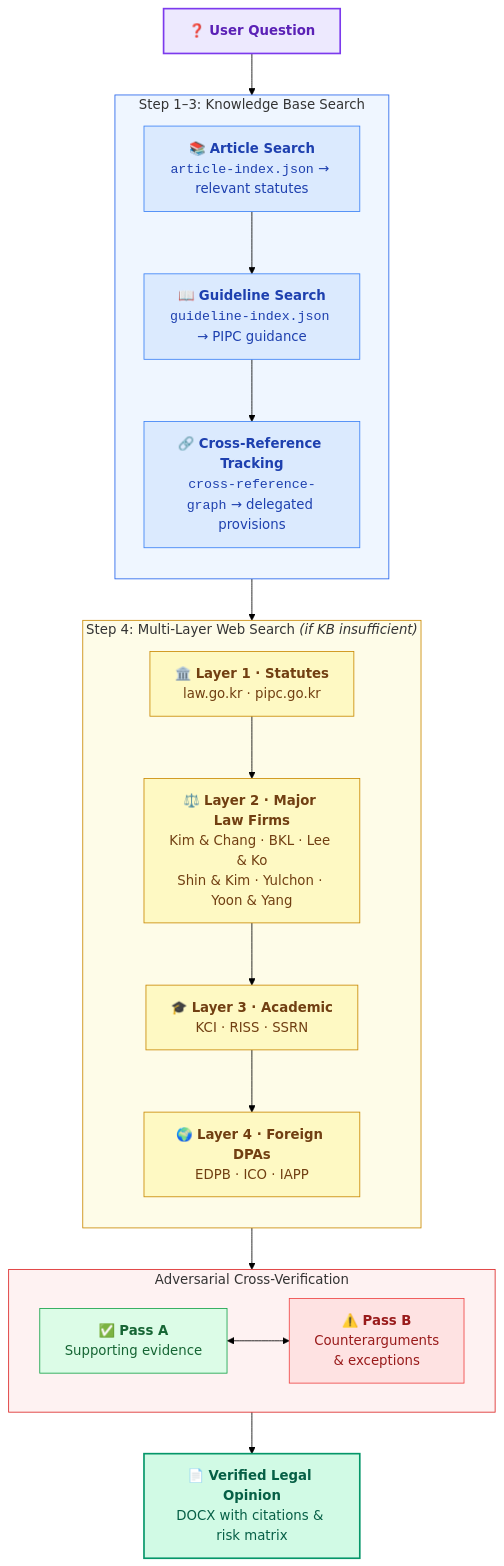
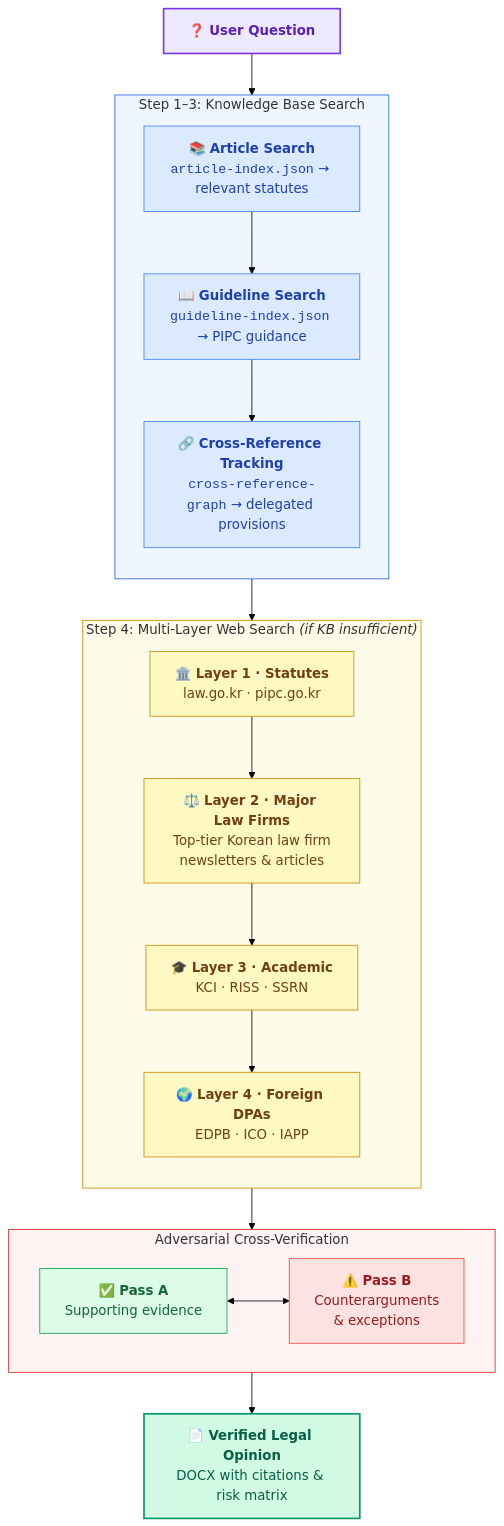
The second of 2 diagrams in README.md (kipeum86/PIPA-expert), drawn with Mermaid (forest theme) before and after one commit. The commit also changed 1 other file, not shown here.

Commit message:
Anonymize law firm names in README diagrams
Replace specific firm names with generic "top-tier Korean law firm
newsletters & articles" in Mermaid flowcharts. Firm names remain
in agent config (pipa-agent.md) for actual search use.

````diff
--- a/README.md
+++ b/README.md
@@ -205,50 +205,50 @@
 ```mermaid
 flowchart TD
     Q["❓ <b>User Question</b>"]
 
     subgraph kb["Step 1–3: Knowledge Base Search"]
         direction TB
         S1["📚 <b>Article Search</b><br/><code>article-index.json</code> → relevant statutes"]
         S2["📖 <b>Guideline Search</b><br/><code>guideline-index.json</code> → PIPC guidance"]
         S3["🔗 <b>Cross-Reference Tracking</b><br/><code>cross-reference-graph</code> → delegated provisions"]
         S1 --> S2 --> S3
     end
 
     subgraph web["Step 4: Multi-Layer Web Search <i>(if KB insufficient)</i>"]
         direction TB
         L1["🏛️ <b>Layer 1 · Statutes</b><br/>law.go.kr · pipc.go.kr"]
-        L2["⚖️ <b>Layer 2 · Major Law Firms</b><br/>Kim &amp; Chang · BKL · Lee &amp; Ko<br/>Shin &amp; Kim · Yulchon · Yoon &amp; Yang"]
+        L2["⚖️ <b>Layer 2 · Major Law Firms</b><br/>Top-tier Korean law firm<br/>newsletters &amp; articles"]
         L3["🎓 <b>Layer 3 · Academic</b><br/>KCI · RISS · SSRN"]
         L4["🌍 <b>Layer 4 · Foreign DPAs</b><br/>EDPB · ICO · IAPP"]
         L1 --> L2 --> L3 --> L4
     end
 
     subgraph verify["Adversarial Cross-Verification"]
         direction LR
         PA["✅ <b>Pass A</b><br/>Supporting evidence"]
         PB["⚠️ <b>Pass B</b><br/>Counterarguments<br/>&amp; exceptions"]
         PA <--> PB
     end
 
     O["📄 <b>Verified Legal Opinion</b><br/>DOCX with citations &amp; risk matrix"]
 
     Q --> kb
     kb --> web
     web --> verify
     verify --> O
 
     style Q fill:#ede9fe,stroke:#7c3aed,stroke-width:2px,color:#5b21b6
     style kb fill:#eff6ff,stroke:#2563eb,stroke-width:1px
     style web fill:#fefce8,stroke:#ca8a04,stroke-width:1px
     style verify fill:#fef2f2,stroke:#dc2626,stroke-width:1px
     style O fill:#d1fae5,stroke:#059669,stroke-width:2px,color:#065f46
     style S1 fill:#dbeafe,stroke:#3b82f6,color:#1e40af
     style S2 fill:#dbeafe,stroke:#3b82f6,color:#1e40af
     style S3 fill:#dbeafe,stroke:#3b82f6,color:#1e40af
     style L1 fill:#fef9c3,stroke:#ca8a04,color:#713f12
     style L2 fill:#fef9c3,stroke:#ca8a04,color:#713f12
     style L3 fill:#fef9c3,stroke:#ca8a04,color:#713f12
     style L4 fill:#fef9c3,stroke:#ca8a04,color:#713f12
     style PA fill:#dcfce7,stroke:#16a34a,color:#166534
     style PB fill:#fee2e2,stroke:#ef4444,color:#991b1b
 ```
````
